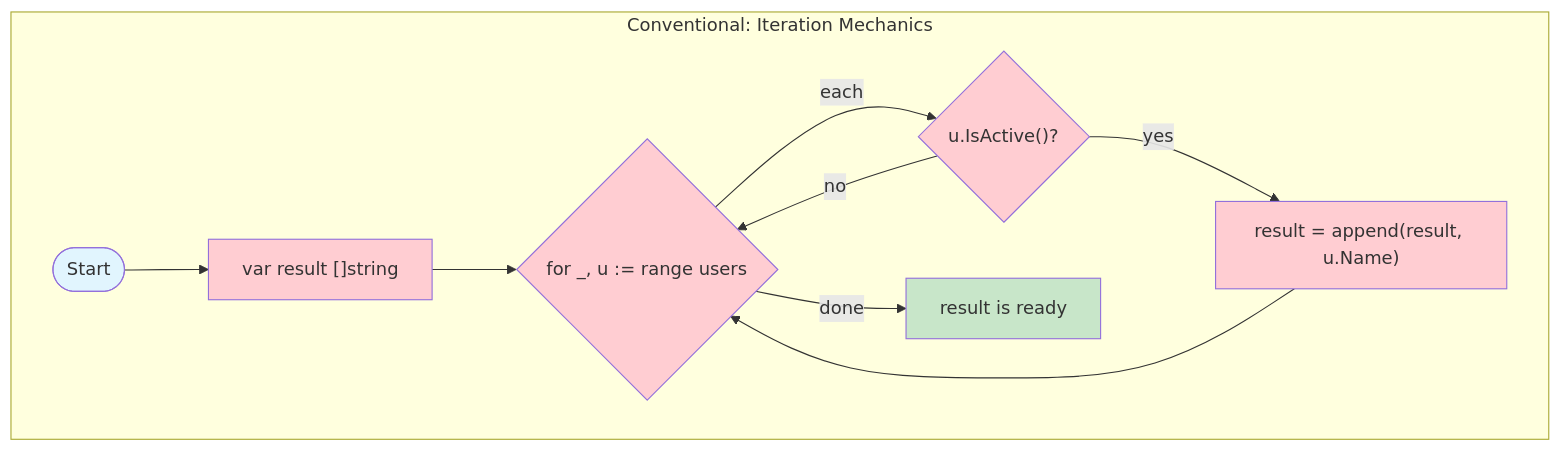
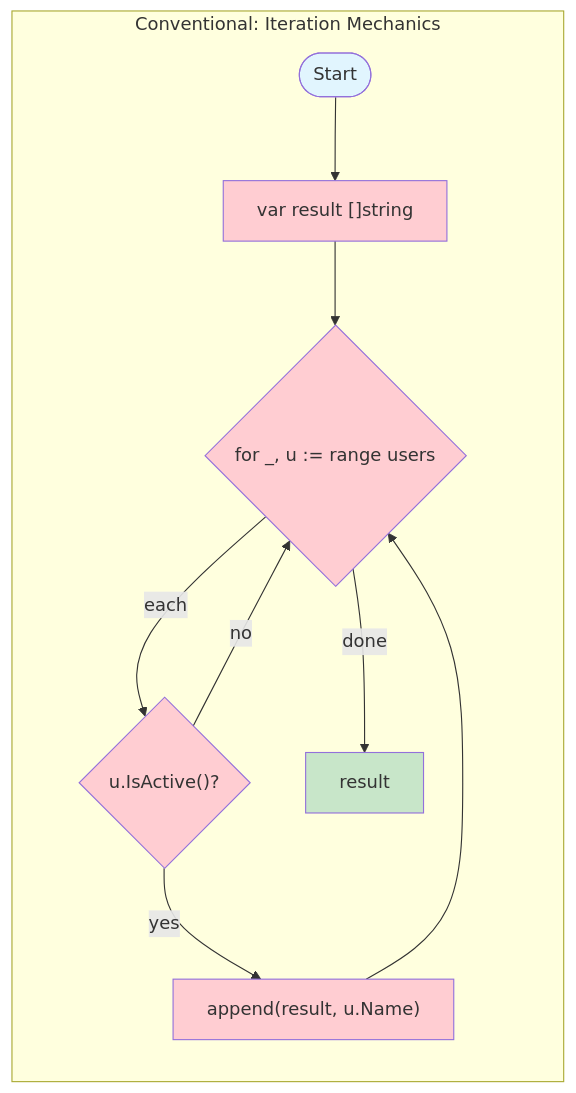
The second of 4 diagrams in analysis.md (binaryphile/fluentfp), drawn with Mermaid before and after one commit. The commit also changed other lines of this file, not shown here.

Commit message:
Add intro to Core Difference, make both diagrams horizontal
- Added intro explaining what both diagrams show (same operation)
- Changed conventional diagram from TD to LR for easier comparison
- Shortened labels to fit horizontal layout

🤖 Generated with [Claude Code](https://claude.com/claude-code)

````diff
--- a/analysis.md
+++ b/analysis.md
@@ -21,19 +23,19 @@
 ```mermaid
-flowchart TD
+flowchart LR
     subgraph Conventional["Conventional: Iteration Mechanics"]
         S([Start]) --> I["var result []string"]
         I --> L{"for _, u := range users"}
         L -->|each| C{"u.IsActive()?"}
-        C -->|yes| AP["result = append(result, u.Name)"]
+        C -->|yes| AP["append(result, u.Name)"]
         C -->|no| L
         AP --> L
-        L -->|done| R["result is ready"]
+        L -->|done| R["result"]
     end
 
     style S fill:#e1f5fe
     style R fill:#c8e6c9
     style I fill:#ffcdd2
     style L fill:#ffcdd2
     style C fill:#ffcdd2
     style AP fill:#ffcdd2
 ```
````
